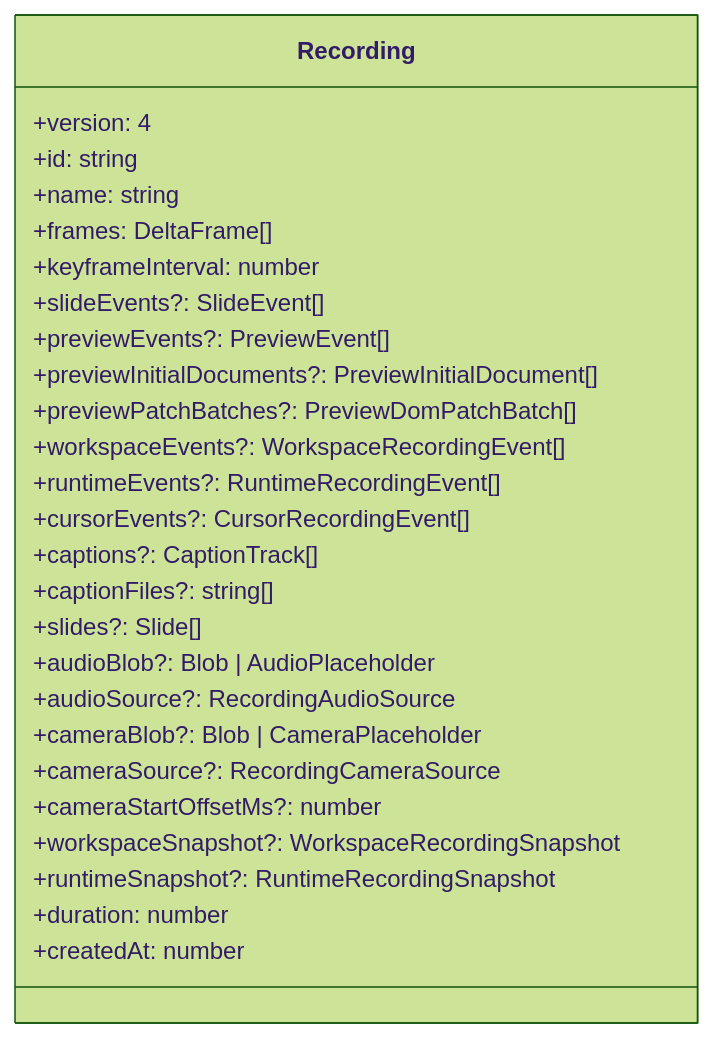
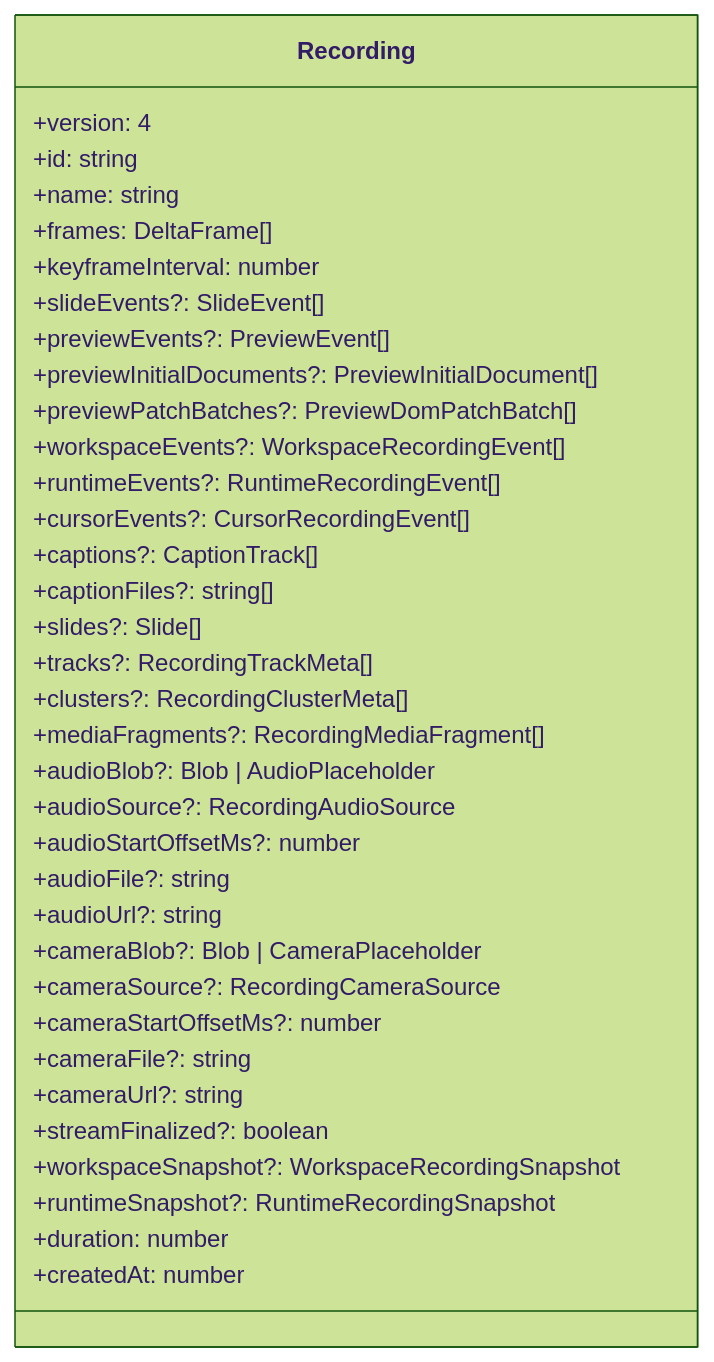
One commit to channyeintun/next-editor changed the first of 2 diagrams in docs/data-structures.md. Above: the diagram before and after it, drawn with Mermaid (forest theme). The commit also changed other lines of this file and 3 other files, not shown here.

````diff
--- a/docs/data-structures.md
+++ b/docs/data-structures.md
@@ -7,29 +7,38 @@
 ```mermaid
 classDiagram
     class Recording {
         +version: 4
         +id: string
         +name: string
         +frames: DeltaFrame[]
         +keyframeInterval: number
         +slideEvents?: SlideEvent[]
         +previewEvents?: PreviewEvent[]
         +previewInitialDocuments?: PreviewInitialDocument[]
         +previewPatchBatches?: PreviewDomPatchBatch[]
         +workspaceEvents?: WorkspaceRecordingEvent[]
         +runtimeEvents?: RuntimeRecordingEvent[]
         +cursorEvents?: CursorRecordingEvent[]
         +captions?: CaptionTrack[]
         +captionFiles?: string[]
         +slides?: Slide[]
+        +tracks?: RecordingTrackMeta[]
+        +clusters?: RecordingClusterMeta[]
+        +mediaFragments?: RecordingMediaFragment[]
         +audioBlob?: Blob | AudioPlaceholder
         +audioSource?: RecordingAudioSource
+        +audioStartOffsetMs?: number
+        +audioFile?: string
+        +audioUrl?: string
         +cameraBlob?: Blob | CameraPlaceholder
         +cameraSource?: RecordingCameraSource
         +cameraStartOffsetMs?: number
+        +cameraFile?: string
+        +cameraUrl?: string
+        +streamFinalized?: boolean
         +workspaceSnapshot?: WorkspaceRecordingSnapshot
         +runtimeSnapshot?: RuntimeRecordingSnapshot
         +duration: number
         +createdAt: number
     }
 ```
````
